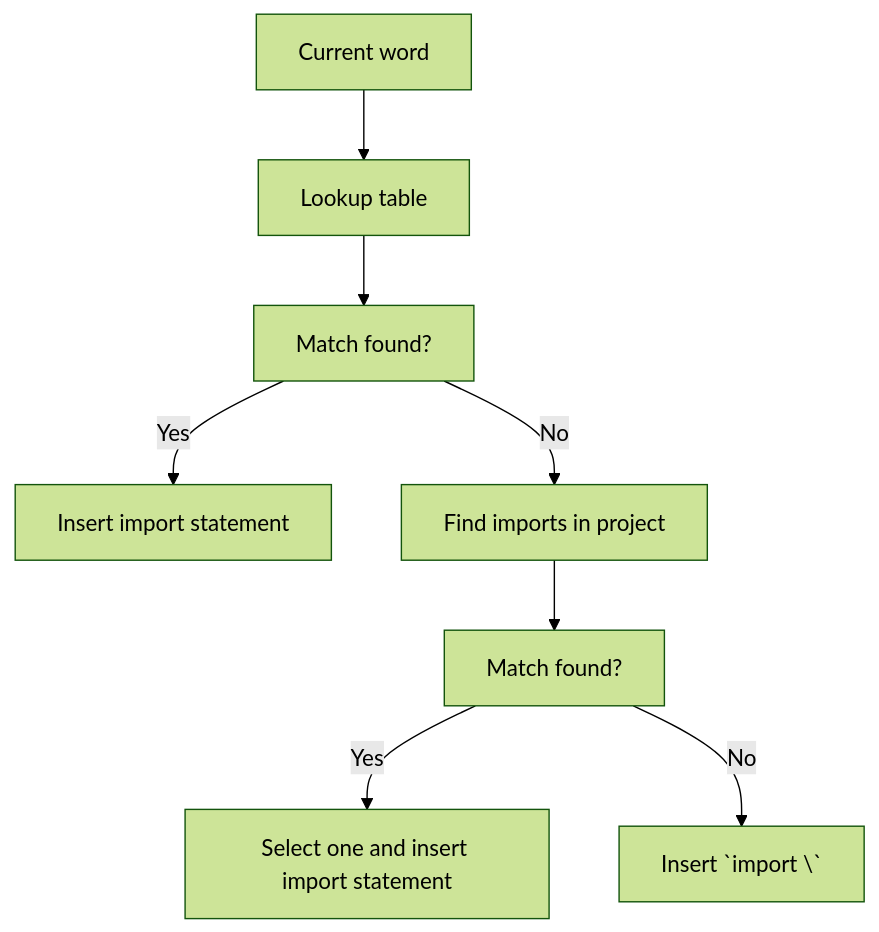
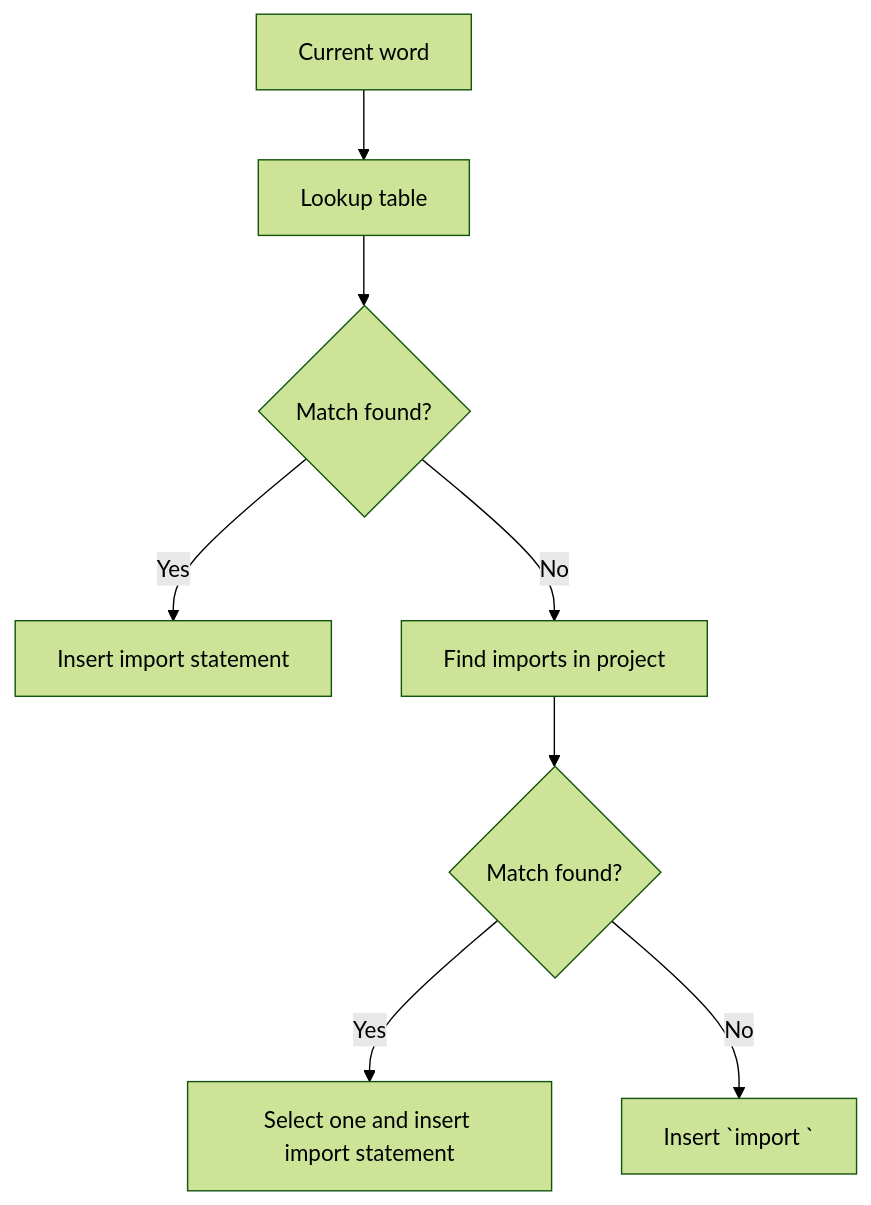
The diagram in README.md (kiyoon/python-import.nvim), drawn with Mermaid (forest theme) before and after one commit.

````diff
--- a/README.md
+++ b/README.md
@@ -10,10 +10,10 @@
 ```mermaid
 graph TD
     A[Current word] --> B[Lookup table]
-    B --> C[Match found?]
+    B --> C{Match found?}
     C -->|Yes| D[Insert import statement]
     C -->|No| E[Find imports in project]
-    E --> F[Match found?]
+    E --> F{Match found?}
     F -->|Yes| G[Select one and insert import statement]
-    F -->|No| H[Insert `import \<word\>`]
+    F -->|No| H["Insert `import <word>`"]
 ```
````
